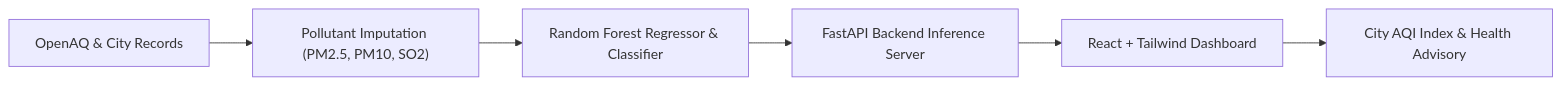
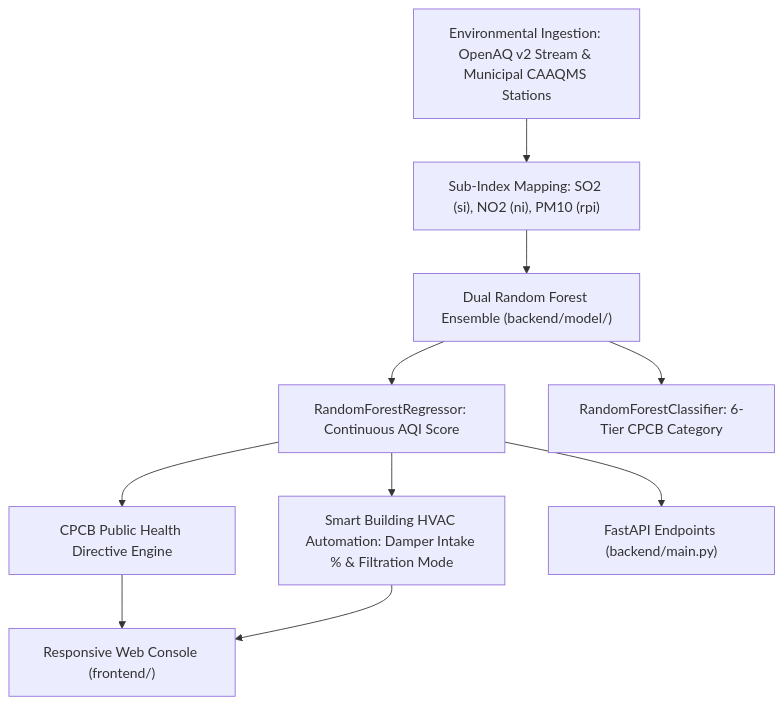
The diagram in README.md (MuhammadMinhaj229/Indian-Air-Quality-Prediction), drawn with Mermaid before and after one commit. The commit also changed other lines of this file and 6 other files, not shown here.

Commit message:
feat(environmental): upgrade to CPCB air quality telemetry and automated smart-building HVAC damper engine

````diff
--- a/README.md
+++ b/README.md
@@ -13,8 +17,15 @@
 ```mermaid
-flowchart LR
-    Data["OpenAQ & City Records"] --> Clean["Pollutant Imputation (PM2.5, PM10, SO2)"]
-    Clean --> Models["Random Forest Regressor & Classifier"]
-    Models --> FastAPI["FastAPI Backend Inference Server"]
-    FastAPI --> Frontend["React + Tailwind Dashboard"]
-    Frontend --> Advisory["City AQI Index & Health Advisory"]
+flowchart TD
+    SensorStream["Environmental Ingestion: OpenAQ v2 Stream & Municipal CAAQMS Stations"] --> Preprocessor["Sub-Index Mapping: SO2 (si), NO2 (ni), PM10 (rpi)"]
+    
+    Preprocessor --> MLModels["Dual Random Forest Ensemble (backend/model/)"]
+    MLModels --> Regressor["RandomForestRegressor: Continuous AQI Score"]
+    MLModels --> Classifier["RandomForestClassifier: 6-Tier CPCB Category"]
+    
+    Regressor --> Advisory["CPCB Public Health Directive Engine"]
+    Regressor --> HVAC["Smart Building HVAC Automation: Damper Intake % & Filtration Mode"]
+    
+    Advisory --> Frontend["Responsive Web Console (frontend/)"]
+    HVAC --> Frontend
+    Regressor --> API["FastAPI Endpoints (backend/main.py)"]
 ```
````
